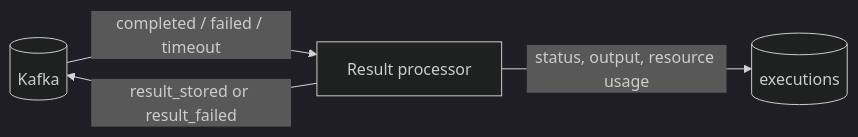
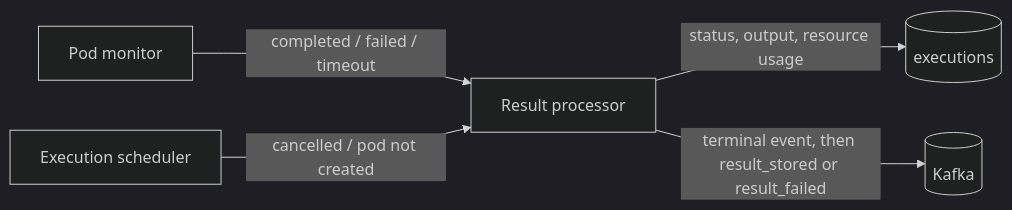
The diagram in docs/components/workers/result_processor.md (HardMax71/Integr8sCode), drawn with Mermaid (dark theme) before and after one commit. The commit also changed other lines of this file and 119 other files, not shown here.

````diff
--- a/docs/components/workers/result_processor.md
+++ b/docs/components/workers/result_processor.md
@@ -5,6 +5,7 @@
 ```mermaid
 graph LR
-    Kafka[(Kafka)] -->|completed / failed / timeout| Processor[Result processor]
+    Monitor[Pod monitor] -->|completed / failed / timeout| Processor[Result processor]
+    Sched[Execution scheduler] -->|cancelled / pod not created| Processor
     Processor -->|status, output, resource usage| Mongo[(executions)]
-    Processor -->|result_stored or result_failed| Kafka
+    Processor -->|terminal event, then result_stored or result_failed| Kafka[(Kafka)]
 ```
````
